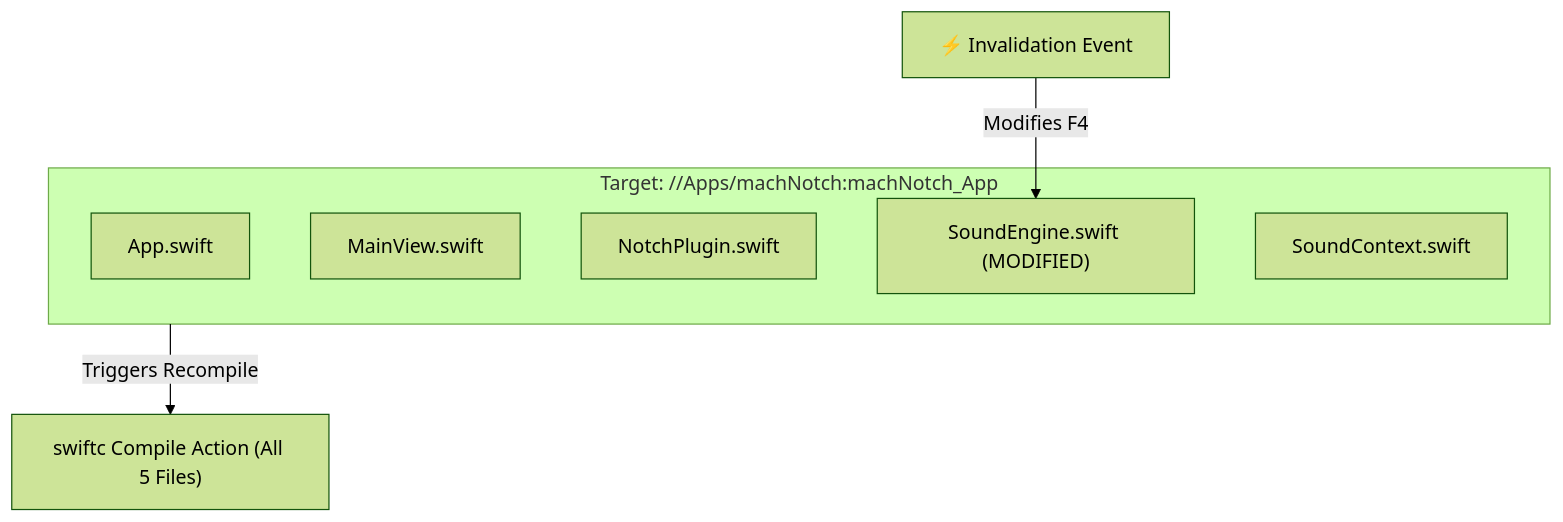
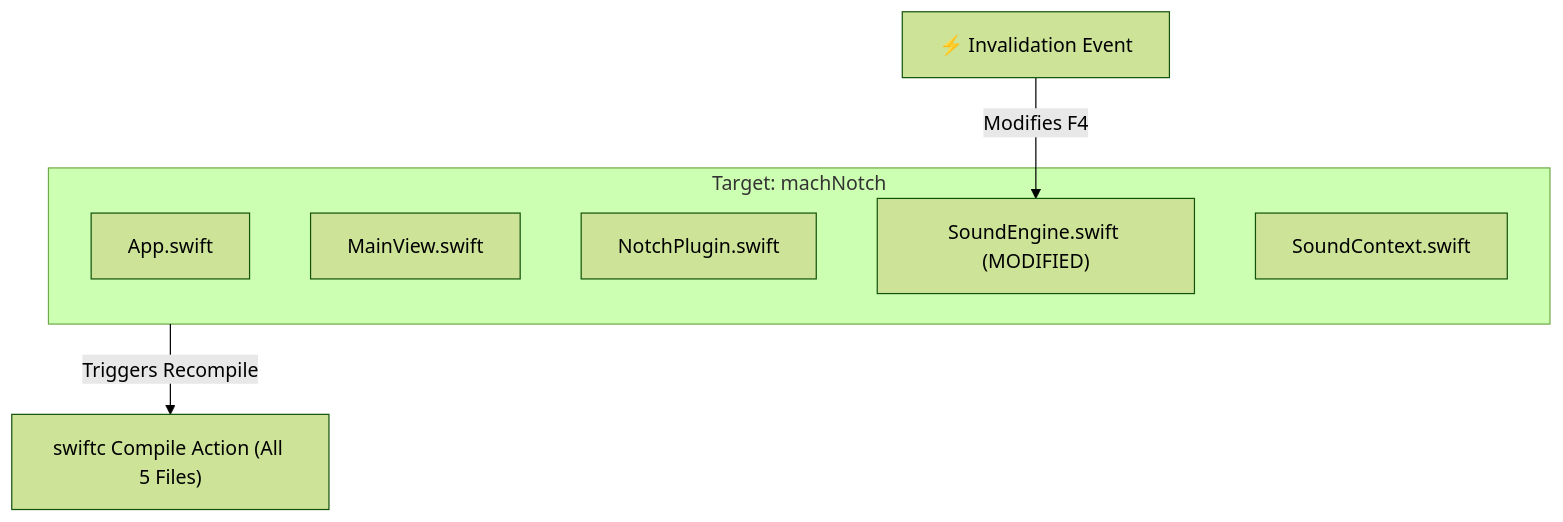
One commit to larsboes/mach-mono changed the third of 4 diagrams in Architecture.md. Above: the diagram before and after it, drawn with Mermaid (forest theme). The commit also changed other lines of this file and 53 other files, not shown here.

````diff
--- a/Architecture.md
+++ b/Architecture.md
@@ -298,12 +301,12 @@
 ```mermaid
 graph TD
-    subgraph AppTarget ["Target: //Apps/machNotch:machNotch_App"]
+    subgraph AppTarget ["Target: machNotch"]
         F1["App.swift"]
         F2["MainView.swift"]
         F3["NotchPlugin.swift"]
         F4["SoundEngine.swift (MODIFIED)"]
         F5["SoundContext.swift"]
     end
     Invalidation["⚡ Invalidation Event"] -->|Modifies F4| F4
     AppTarget -->|Triggers Recompile| Act["swiftc Compile Action (All 5 Files)"]
 ```
````
